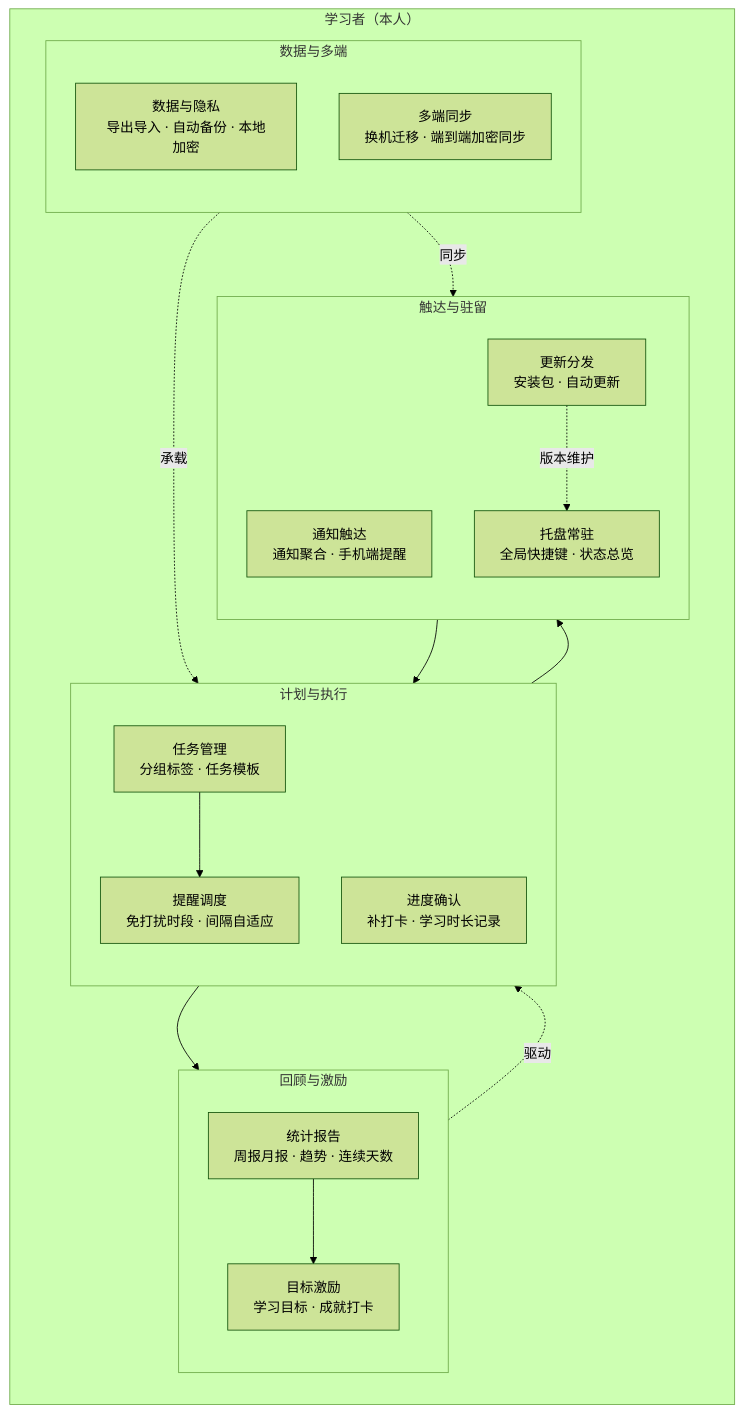
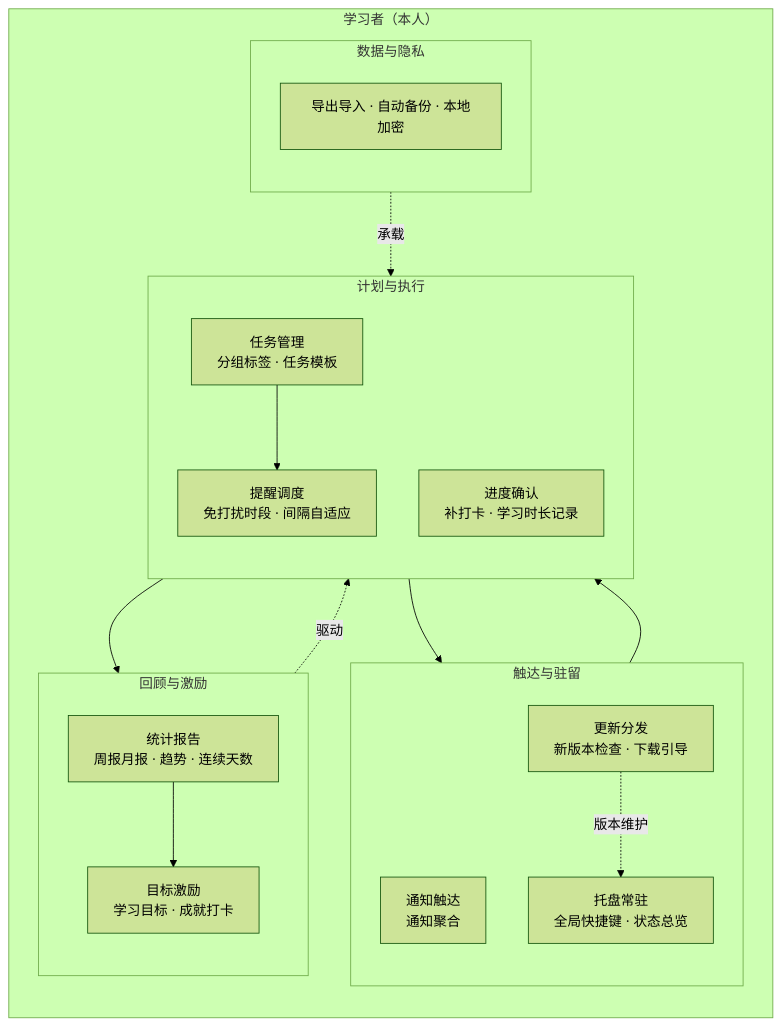
The third of 3 diagrams in ARCHITECTURE.md (liiyunxi/learning-reminder), drawn with Mermaid (forest theme) before and after one commit. The commit also changed other lines of this file and 40 other files, not shown here.

````diff
--- a/ARCHITECTURE.md
+++ b/ARCHITECTURE.md
@@ -139,37 +158,35 @@
 ```mermaid
 flowchart LR
     subgraph User["学习者（本人）"]
         direction TB
         subgraph Plan["计划与执行"]
             direction TB
             P1["任务管理<br/>分组标签 · 任务模板"]
             P2["提醒调度<br/>免打扰时段 · 间隔自适应"]
             P3["进度确认<br/>补打卡 · 学习时长记录"]
         end
         subgraph Reach["触达与驻留"]
             direction TB
-            P4["通知触达<br/>通知聚合 · 手机端提醒"]
+            P4["通知触达<br/>通知聚合"]
             P5["托盘常驻<br/>全局快捷键 · 状态总览"]
-            P6["更新分发<br/>安装包 · 自动更新"]
+            P6["更新分发<br/>新版本检查 · 下载引导"]
         end
         subgraph Review["回顾与激励"]
             direction TB
             P7["统计报告<br/>周报月报 · 趋势 · 连续天数"]
             P8["目标激励<br/>学习目标 · 成就打卡"]
         end
-        subgraph Data["数据与多端"]
+        subgraph Data["数据与隐私"]
             direction TB
-            P9["数据与隐私<br/>导出导入 · 自动备份 · 本地加密"]
-            P10["多端同步<br/>换机迁移 · 端到端加密同步"]
+            P9["导出导入 · 自动备份 · 本地加密"]
         end
     end
     P1 --> P2
     P2 --> P4
     P4 --> P3
     P3 --> P7
     P7 --> P8
     P8 -. 驱动 .-> P1
     P9 -. 承载 .-> P1
-    P10 -. 同步 .-> P4
     P6 -. 版本维护 .-> P5
 ```
````
